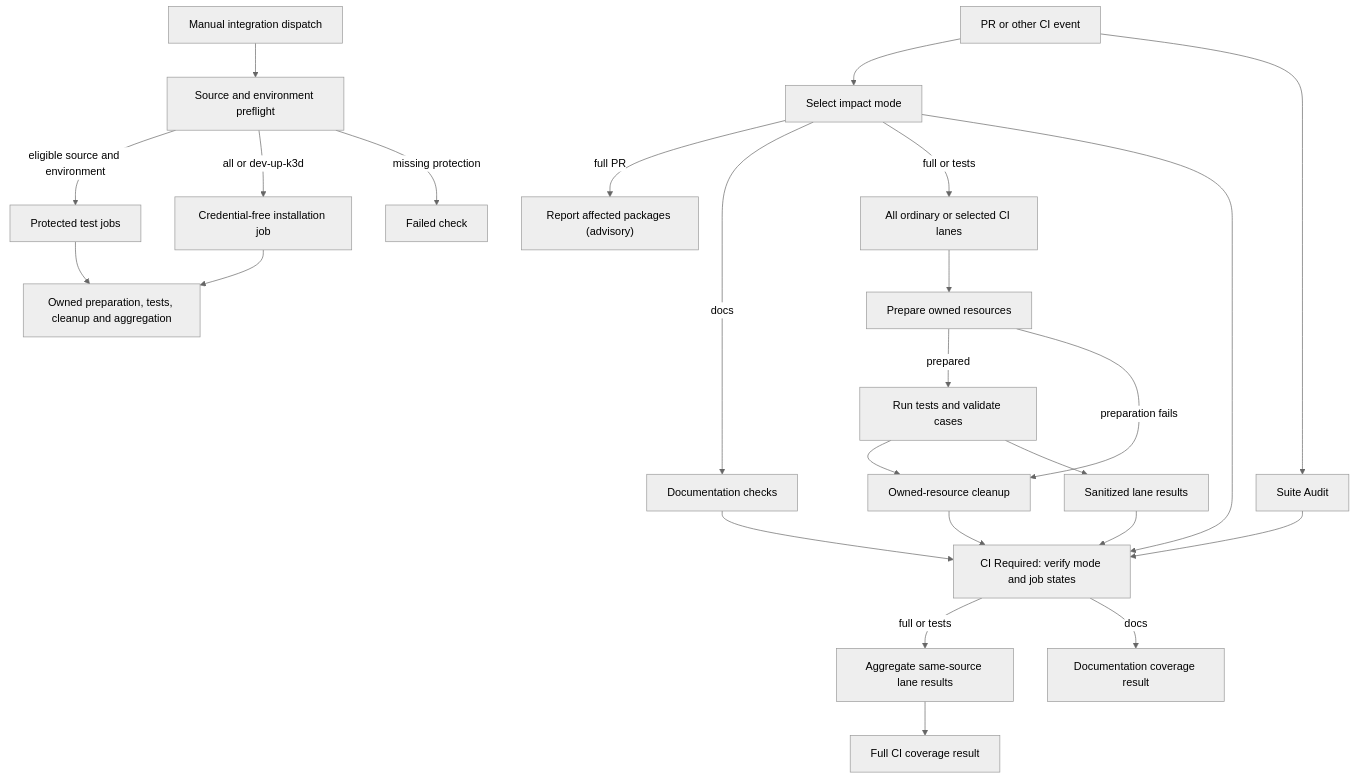
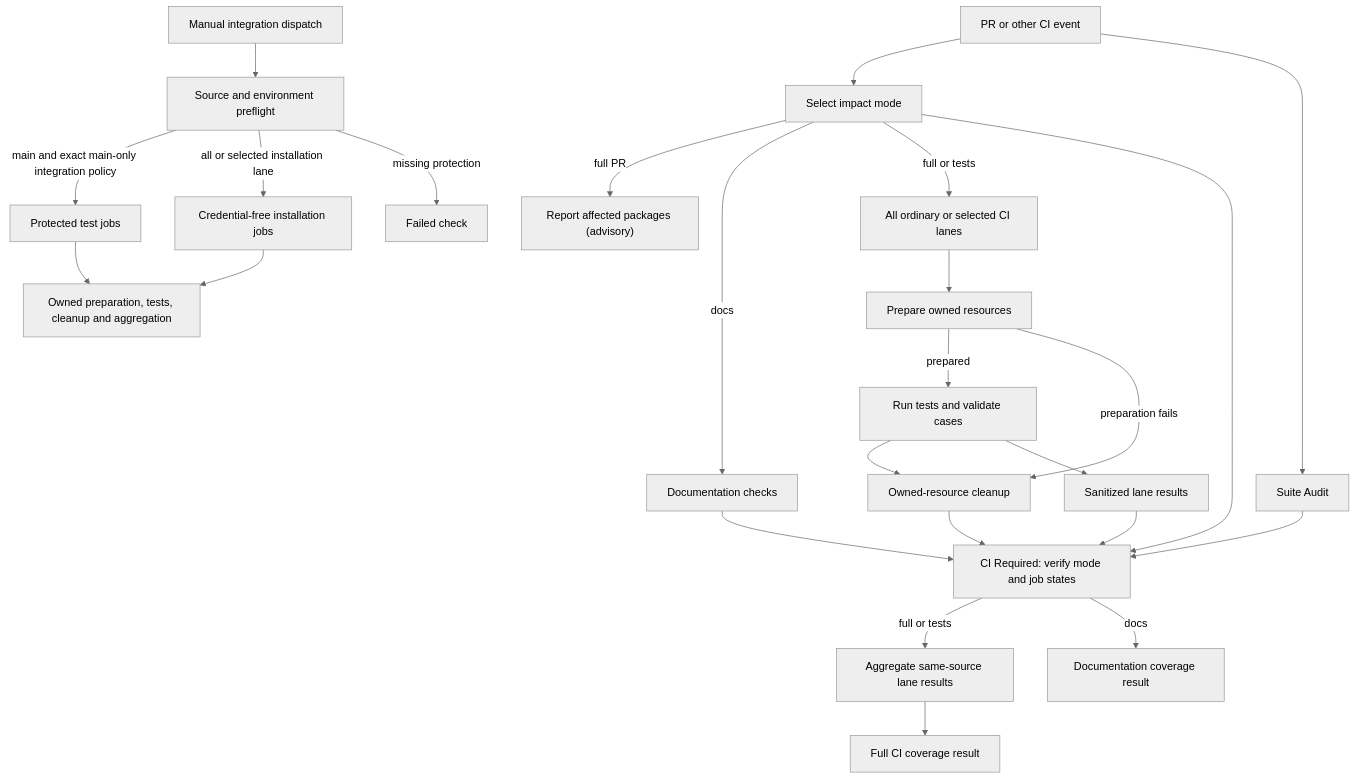
The diagram in docs/flows/github-actions-testing.md (openclaw/openclaw-enterprise), drawn with Mermaid (neutral theme) before and after one commit. The commit also changed other lines of this file and 5 other files, not shown here.

Commit message:
ci: consolidate main-only integration environments

````diff
--- a/docs/flows/github-actions-testing.md
+++ b/docs/flows/github-actions-testing.md
@@ -21,27 +21,27 @@
 ```mermaid
 graph TD
   A["PR or other CI event"] --> S["Select impact mode"]
   A --> N["Suite Audit"]
   S -->|full PR| Q["Report affected packages (advisory)"]
   S -->|docs| D["Documentation checks"]
   S -->|full or tests| B["All ordinary or selected CI lanes"]
   B --> F["Prepare owned resources"]
   F -->|prepared| H["Run tests and validate cases"]
   F -->|preparation fails| J["Owned-resource cleanup"]
   H --> J
   H --> K["Sanitized lane results"]
   J --> G["CI Required: verify mode and job states"]
   S --> G
   N --> G
   D --> G
   K --> G
   G -->|full or tests| L["Aggregate same-source lane results"]
   G -->|docs| M["Documentation coverage result"]
   L --> R["Full CI coverage result"]
   C["Manual integration dispatch"] --> P["Source and environment preflight"]
-  P -->|eligible source and environment| E["Protected test jobs"]
-  P -->|all or dev-up-k3d| U["Credential-free installation job"]
+  P -->|main and exact main-only integration policy| E["Protected test jobs"]
+  P -->|all or selected installation lane| U["Credential-free installation jobs"]
   U --> T
   P -->|missing protection| X["Failed check"]
   E --> T["Owned preparation, tests, cleanup and aggregation"]
 ```
````
